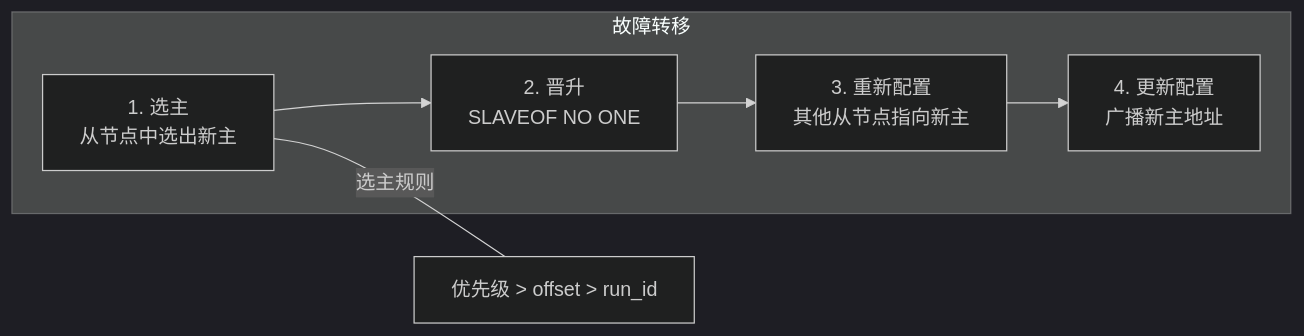
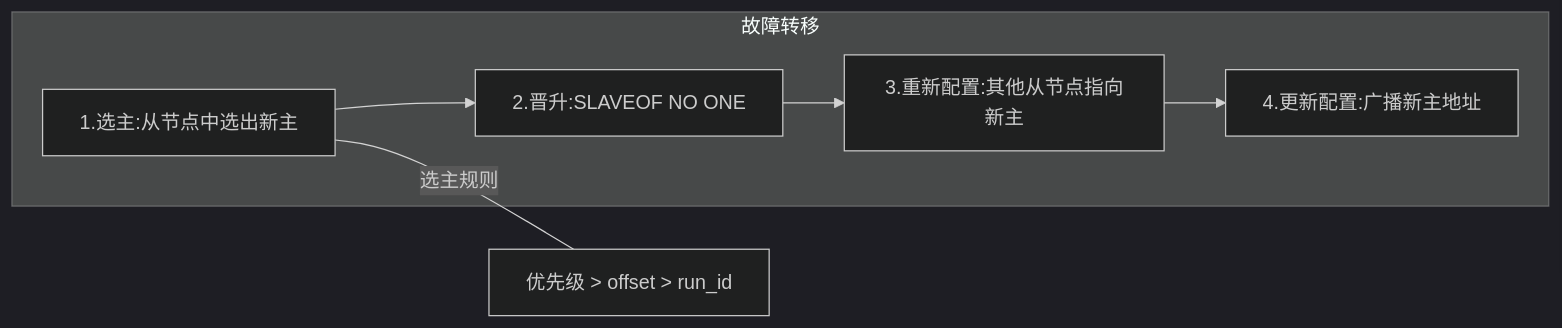
One commit to gelald/javrin changed the sixth of 9 diagrams in docs/writings/Redis/Redis-high-availability.md. Above: the diagram before and after it, drawn with Mermaid (dark theme). The commit also changed other lines of this file and 1 other file, not shown here.

````diff
--- a/docs/writings/Redis/Redis-high-availability.md
+++ b/docs/writings/Redis/Redis-high-availability.md
@@ -285,10 +281,10 @@
 ```mermaid
 flowchart LR
     subgraph 故障转移
-        F1[1. 选主<br/>从节点中选出新主] --> F2[2. 晋升<br/>SLAVEOF NO ONE]
-        F2 --> F3[3. 重新配置<br/>其他从节点指向新主]
-        F3 --> F4[4. 更新配置<br/>广播新主地址]
+        F1[1.选主:从节点中选出新主] --> F2[2.晋升:SLAVEOF NO ONE]
+        F2 --> F3[3.重新配置:其他从节点指向新主]
+        F3 --> F4[4.更新配置:广播新主地址]
     end
 
     F1 --- |选主规则| R[优先级 > offset > run_id]
 ```
````
